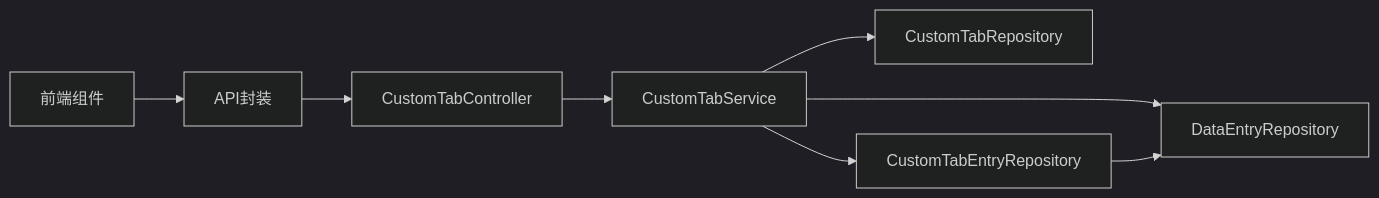
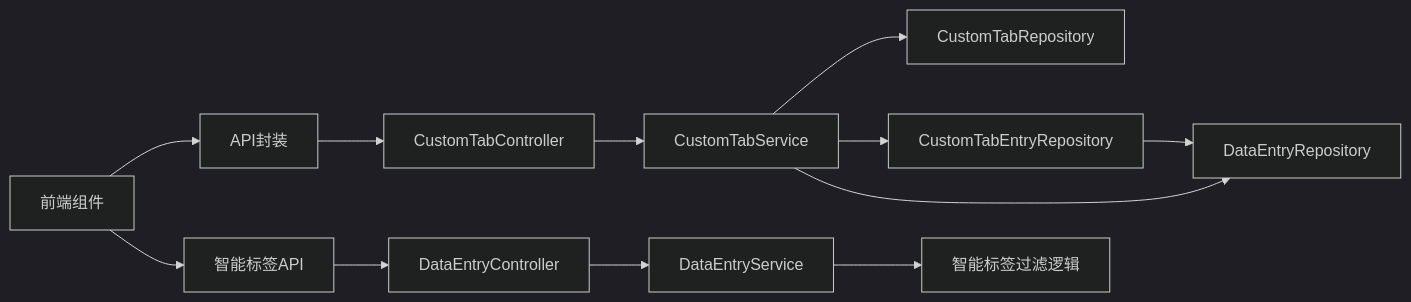
The seventh of 7 diagrams in .qoder/repowiki/zh/content/功能模块详解/自定义标签系统.md (kinke0/ProductList), drawn with Mermaid (dark theme) before and after one commit. The commit also changed other lines of this file and 106 other files, not shown here.

Commit message:
V1.1.0: 修复清单导航树不匹配+统计视图加载遮罩+上下移提示

````diff
--- a/.qoder/repowiki/zh/content/功能模块详解/自定义标签系统.md
+++ b/.qoder/repowiki/zh/content/功能模块详解/自定义标签系统.md
@@ -295,10 +392,14 @@
 ```mermaid
 graph LR
 FE["前端组件"] --> API["API封装"]
 API --> CTL["CustomTabController"]
 CTL --> SVC["CustomTabService"]
 SVC --> REP["CustomTabRepository"]
 SVC --> EREP["CustomTabEntryRepository"]
 SVC --> DREP["DataEntryRepository"]
 EREP --> DREP
+FE --> AI_API["智能标签API"]
+AI_API --> AI_CTL["DataEntryController"]
+AI_CTL --> AI_SVC["DataEntryService"]
+AI_SVC --> AI_FILTER["智能标签过滤逻辑"]
 ```
````
